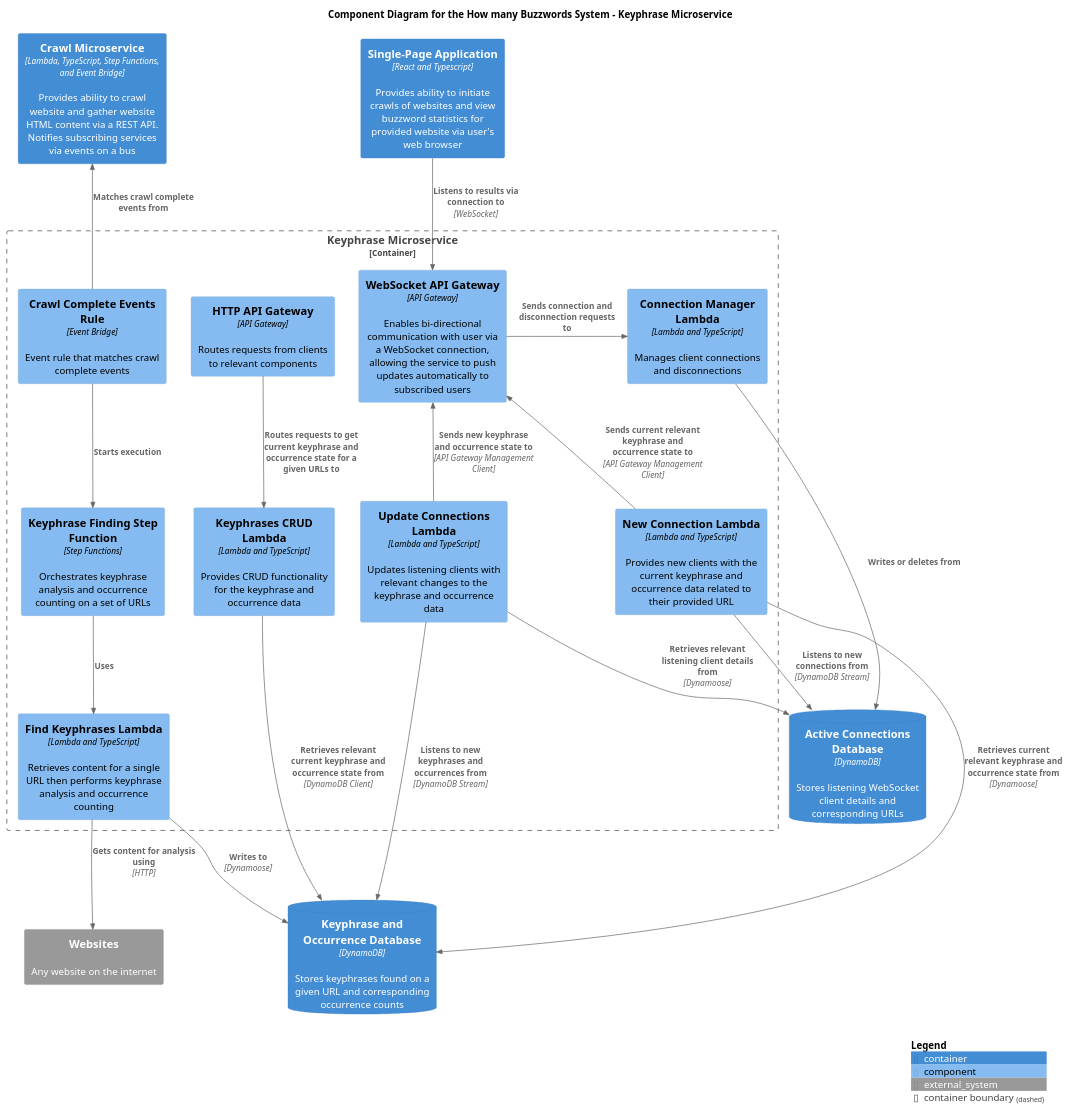
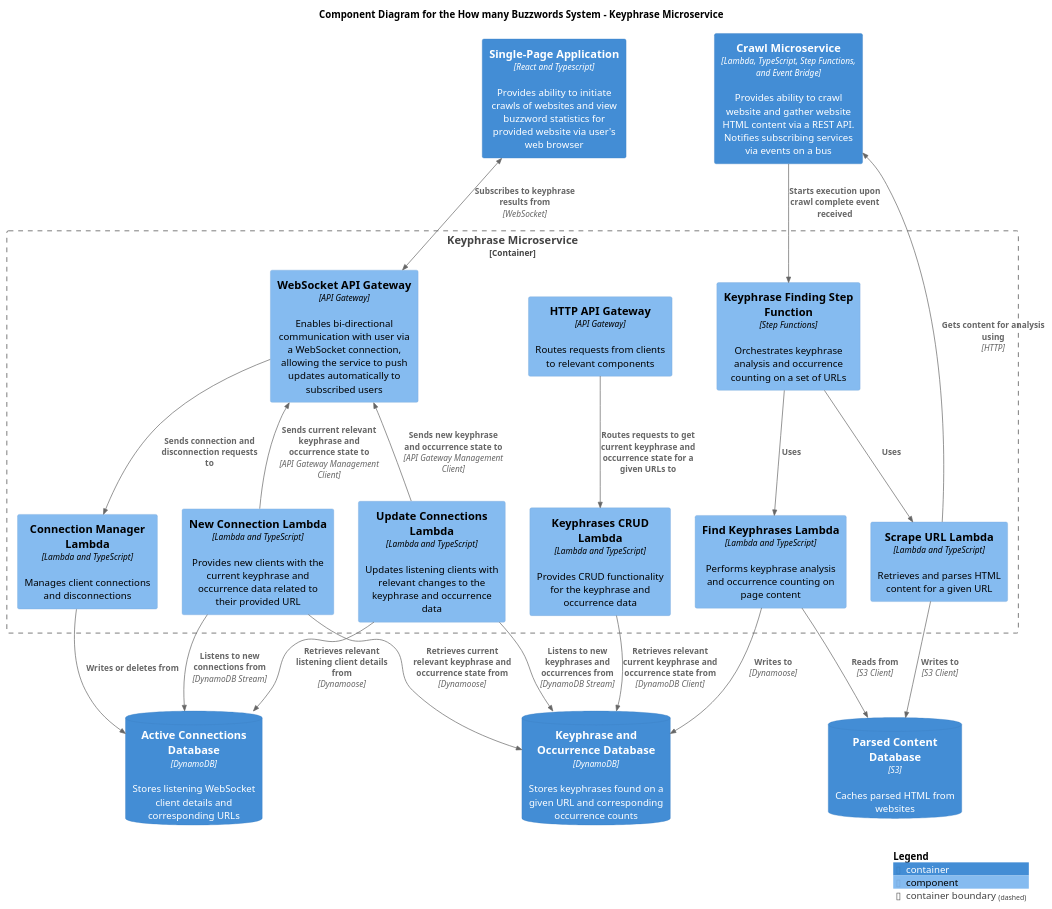
The diagram in docs/c4-diagrams/buzzword-c4-component-keyphrase-microservice.puml (ashley-evans/how-many-buzzwords), drawn with PlantUML before and after one commit. The commit also changed 1 other file, not shown here.

Commit message:
Update keyphrase service component diagram to reflect new scrape url lambda and parsed content db relationships

```diff
--- a/docs/c4-diagrams/buzzword-c4-component-keyphrase-microservice.puml
+++ b/docs/c4-diagrams/buzzword-c4-component-keyphrase-microservice.puml
@@ -1,55 +1,59 @@
 @startuml Buzzword C4 Component Diagram
 
 !include https://raw.githubusercontent.com/plantuml-stdlib/C4-PlantUML/master/C4_Component.puml
 
 title Component Diagram for the How many Buzzwords System - Keyphrase Microservice
 
 Container(single_page_application, "Single-Page Application", "React and Typescript", $descr="Provides ability to initiate crawls of websites and view buzzword statistics for provided website via user's web browser")
 Container(crawl_microservice, "Crawl Microservice", "Lambda, TypeScript, Step Functions, and Event Bridge", $descr="Provides ability to crawl website and gather website HTML content via a REST API. Notifies subscribing services via events on a bus")
 
 Container_Boundary(keyphrase_microservice_boundary, "Keyphrase Microservice") {
     Component(http_api_gateway, "HTTP API Gateway", "API Gateway", "Routes requests from clients to relevant components")
     Component(ws_api_gateway, "WebSocket API Gateway", "API Gateway", "Enables bi-directional communication with user via a WebSocket connection, allowing the service to push updates automatically to subscribed users")
     Component(step_function, "Keyphrase Finding Step Function", "Step Functions", "Orchestrates keyphrase analysis and occurrence counting on a set of URLs")
-    Component(find_keyphrases_lambda, "Find Keyphrases Lambda", "Lambda and TypeScript", "Retrieves content for a single URL then performs keyphrase analysis and occurrence counting")
+    Component(scrape_url_lambda, "Scrape URL Lambda", "Lambda and TypeScript", "Retrieves and parses HTML content for a given URL")
+    Component(find_keyphrases_lambda, "Find Keyphrases Lambda", "Lambda and TypeScript", "Performs keyphrase analysis and occurrence counting on page content")
     Component(crud_lambda, "Keyphrases CRUD Lambda", "Lambda and TypeScript", "Provides CRUD functionality for the keyphrase and occurrence data")
     Component(update_connections_lambda, "Update Connections Lambda", "Lambda and TypeScript", "Updates listening clients with relevant changes to the keyphrase and occurrence data")
     Component(new_connection_lambda, "New Connection Lambda", "Lambda and TypeScript", "Provides new clients with the current keyphrase and occurrence data related to their provided URL")
     Component(connection_manager_lambda, "Connection Manager Lambda", "Lambda and TypeScript", "Manages client connections and disconnections")
-    Component(crawl_complete_subscription, "Crawl Complete Events Rule", "Event Bridge", "Event rule that matches crawl complete events")
 }
 
 ContainerDb(keyphrase_db, "Keyphrase and Occurrence Database", "DynamoDB", "Stores keyphrases found on a given URL and corresponding occurrence counts")
 ContainerDb(active_connections_db, "Active Connections Database", "DynamoDB", "Stores listening WebSocket client details and corresponding URLs")
-
-System_Ext(websites, "Websites", "Any website on the internet")
+ContainerDb(parsed_content_db, "Parsed Content Database", "S3", "Caches parsed HTML from websites")
 
 Rel(http_api_gateway, crud_lambda, "Routes requests to get current keyphrase and occurrence state for a given URLs to")
 
 Rel(crud_lambda, keyphrase_db, "Retrieves relevant current keyphrase and occurrence state from", "DynamoDB Client")
 
-Rel_D(single_page_application, ws_api_gateway, "Listens to results via connection to", "WebSocket")
+BiRel_D(single_page_application, ws_api_gateway, "Subscribes to keyphrase results from", "WebSocket")
 
-Rel_R(ws_api_gateway, connection_manager_lambda, "Sends connection and disconnection requests to")
+Rel_D(ws_api_gateway, connection_manager_lambda, "Sends connection and disconnection requests to")
 
 Rel(connection_manager_lambda, active_connections_db, "Writes or deletes from")
 
 Rel(new_connection_lambda, active_connections_db, "Listens to new connections from", "DynamoDB Stream")
 Rel(new_connection_lambda, keyphrase_db, "Retrieves current relevant keyphrase and occurrence state from", "Dynamoose")
 Rel_U(new_connection_lambda, ws_api_gateway, "Sends current relevant keyphrase and occurrence state to",  "API Gateway Management Client")
 
-Rel_U(crawl_complete_subscription, crawl_microservice, "Matches crawl complete events from")
-Rel(crawl_complete_subscription, step_function, "Starts execution")
+Rel(crawl_microservice, step_function, "Starts execution upon crawl complete event received")
 
+Rel(step_function, scrape_url_lambda, "Uses")
 Rel(step_function, find_keyphrases_lambda, "Uses")
 
+Rel(scrape_url_lambda, crawl_microservice, "Gets content for analysis using", "HTTP")
+Rel(scrape_url_lambda, parsed_content_db, "Writes to", "S3 Client")
+
 Rel(find_keyphrases_lambda, keyphrase_db, "Writes to", "Dynamoose")
-Rel(find_keyphrases_lambda, websites, "Gets content for analysis using", "HTTP")
+Rel(find_keyphrases_lambda, parsed_content_db, "Reads from", "S3 Client")
 
 Rel(update_connections_lambda, keyphrase_db, "Listens to new keyphrases and occurrences from", "DynamoDB Stream")
 Rel(update_connections_lambda, active_connections_db, "Retrieves relevant listening client details from", "Dynamoose")
 Rel_U(update_connections_lambda, ws_api_gateway, "Sends new keyphrase and occurrence state to", "API Gateway Management Client")
 
+Lay_R(single_page_application, crawl_microservice)
+
 SHOW_LEGEND()
 
 @enduml
```
